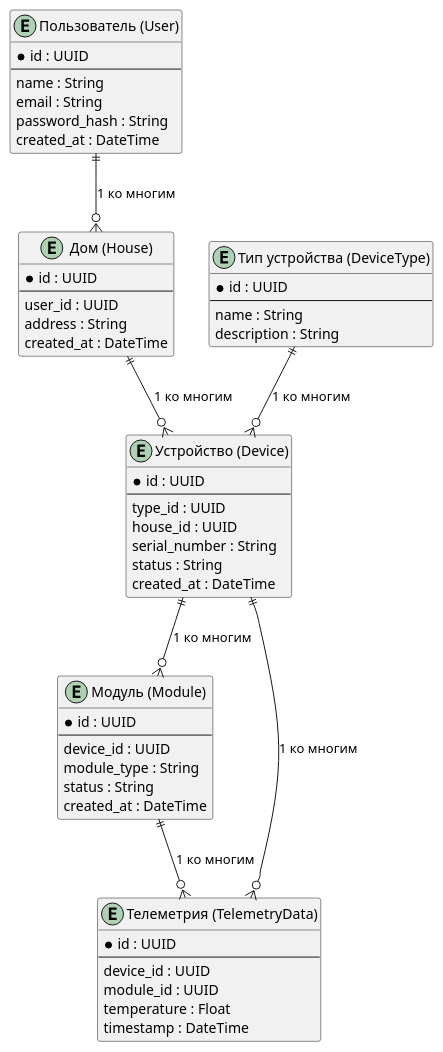
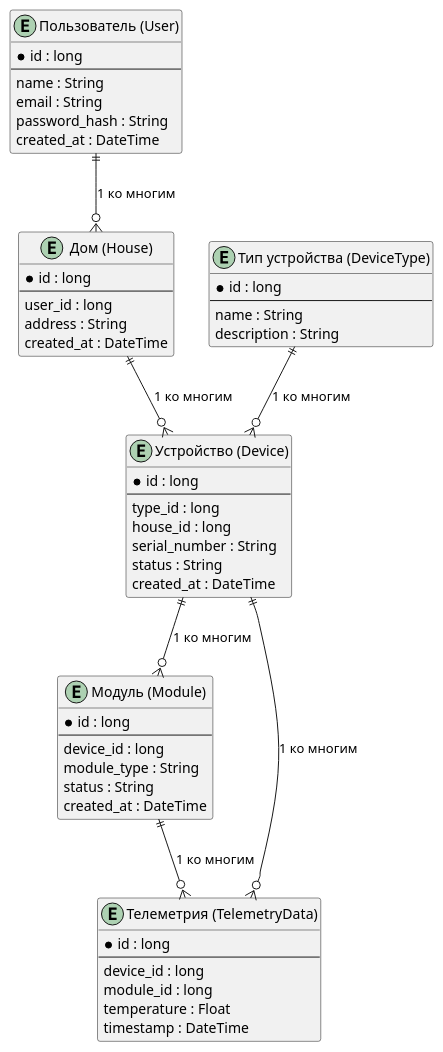
The diagram in docs/docs/architecture/er.md (shdwIsaac/architecture-sprint-3), drawn with PlantUML before and after one commit. The commit also changed other lines of this file and 46 other files, not shown here.

````diff
--- a/docs/docs/architecture/er.md
+++ b/docs/docs/architecture/er.md
@@ -70,62 +65,62 @@
 ```puml
 @startuml
 entity "Пользователь (User)" as user {
-*id : UUID
+*id : long
 --
 name : String
 email : String
 password_hash : String
 created_at : DateTime
 }
 
 entity "Дом (House)" as house {
-*id : UUID
+*id : long
 --
-user_id : UUID
+user_id : long
 address : String
 created_at : DateTime
 }
 
 entity "Устройство (Device)" as device {
-*id : UUID
+*id : long
 --
-type_id : UUID
-house_id : UUID
+type_id : long
+house_id : long
 serial_number : String
 status : String
 created_at : DateTime
 }
 
 entity "Тип устройства (DeviceType)" as devicetype {
-*id : UUID
+*id : long
 --
 name : String
 description : String
 }
 
 entity "Модуль (Module)" as module {
-*id : UUID
+*id : long
 --
-device_id : UUID
+device_id : long
 module_type : String
 status : String
 created_at : DateTime
 }
 
 entity "Телеметрия (TelemetryData)" as telemetry {
-*id : UUID
+*id : long
 --
-device_id : UUID
-module_id : UUID
+device_id : long
+module_id : long
 temperature : Float
 timestamp : DateTime
 }
 
 user ||--o{ house : "1 ко многим"
 house ||--o{ device : "1 ко многим"
 device ||--o{ module : "1 ко многим"
 devicetype ||--o{ device : "1 ко многим"
 device ||--o{ telemetry : "1 ко многим"
 module ||--o{ telemetry : "1 ко многим"
 @enduml
 ```
````
